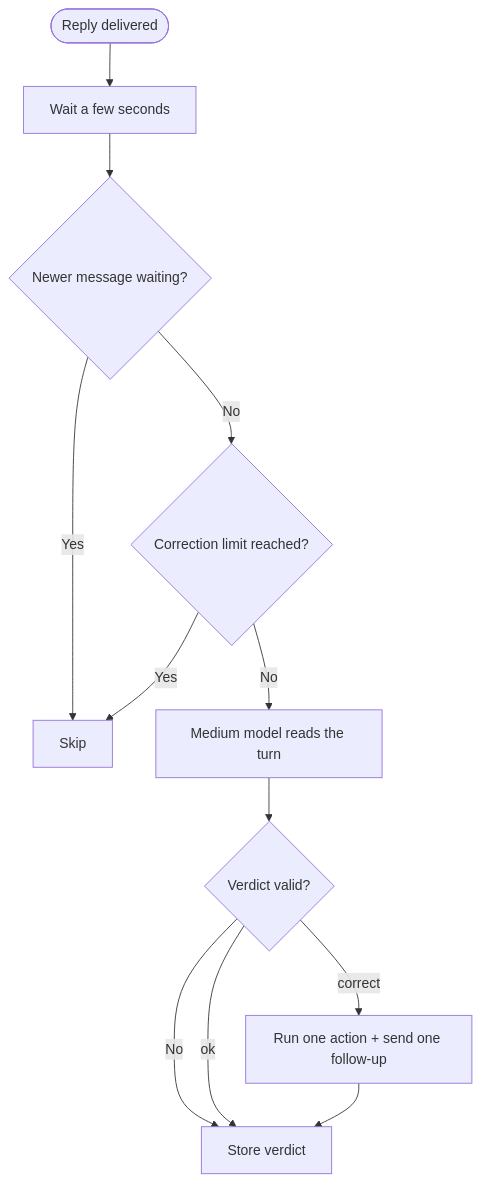
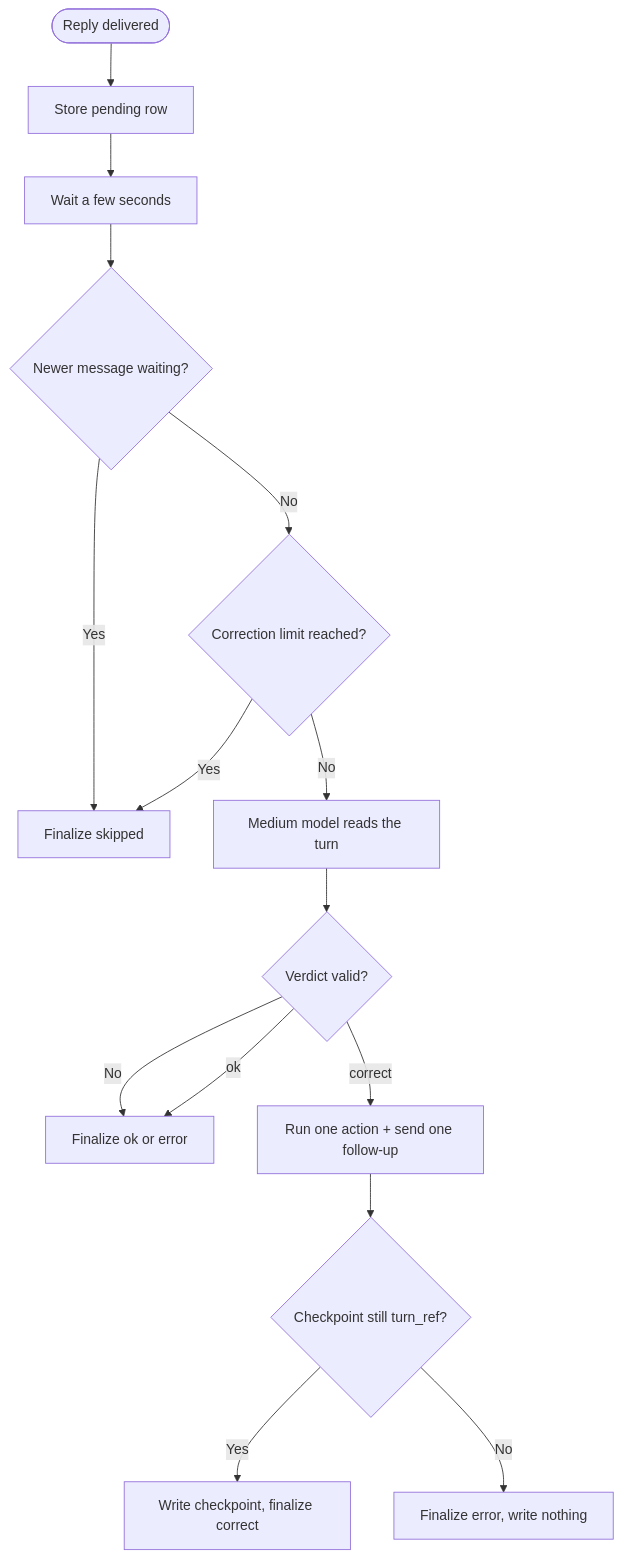
The diagram in docs/ai-prompts/interaction-review.md (NickBorgersProbably/hide-my-list), drawn with Mermaid before and after one commit. The commit also changed other lines of this file and 12 other files, not shown here.

````diff
--- a/docs/ai-prompts/interaction-review.md
+++ b/docs/ai-prompts/interaction-review.md
@@ -24,14 +56,17 @@
 ```mermaid
 flowchart TD
-    Sent([Reply delivered]) --> Wait[Wait a few seconds]
+    Sent([Reply delivered]) --> Row[Store pending row]
+    Row --> Wait[Wait a few seconds]
     Wait --> Pending{Newer message waiting?}
-    Pending -->|Yes| Skip[Skip]
+    Pending -->|Yes| Skip[Finalize skipped]
     Pending -->|No| Limit{Correction limit reached?}
     Limit -->|Yes| Skip
     Limit -->|No| Judge[Medium model reads the turn]
     Judge --> Valid{Verdict valid?}
-    Valid -->|No| Store[Store verdict]
-    Valid -->|ok| Store
+    Valid -->|No| Final[Finalize ok or error]
+    Valid -->|ok| Final
     Valid -->|correct| Act[Run one action + send one follow-up]
-    Act --> Store
+    Act --> Current{Checkpoint still turn_ref?}
+    Current -->|Yes| Write[Write checkpoint, finalize correct]
+    Current -->|No| Stale[Finalize error, write nothing]
 ```
````
